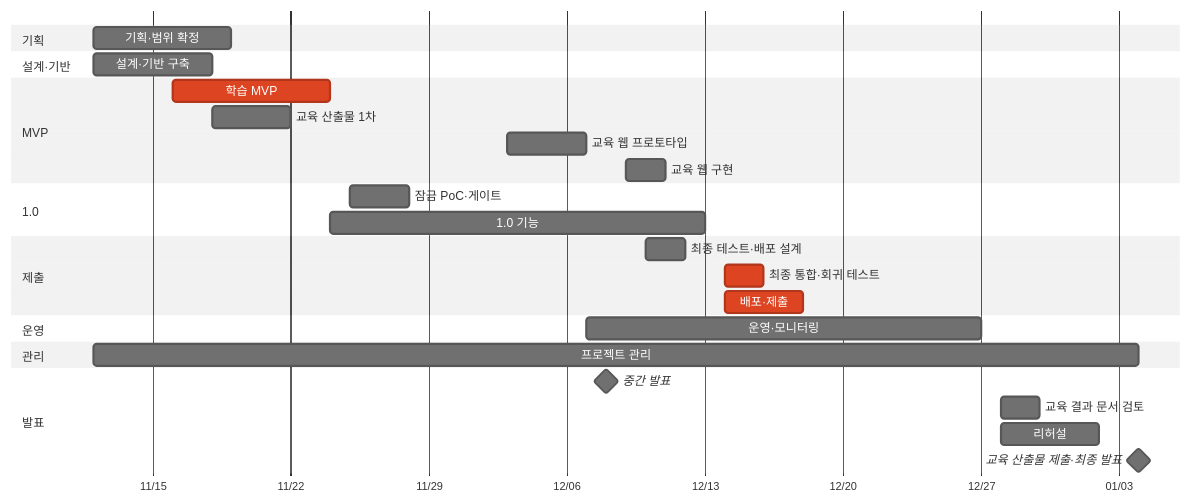
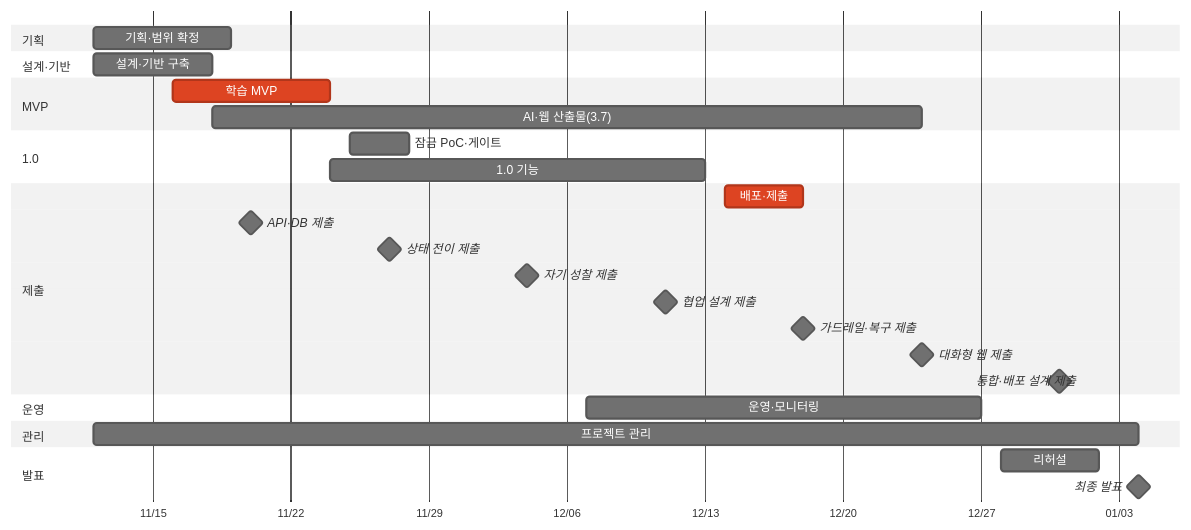
One commit to obhht2302-ctrl/AIO_team_04_final_project changed the diagram in DOC/Step 1/WBS.md. Above: the diagram before and after it, drawn with Mermaid (neutral theme). The commit also changed other lines of this file and 4 other files, not shown here.

````diff
--- a/DOC/Step 1/WBS.md
+++ b/DOC/Step 1/WBS.md
@@ -267,30 +244,31 @@
 ```mermaid
 gantt
   dateFormat YYYY-MM-DD
   axisFormat %m/%d
   section 기획
   기획·범위 확정        :a1, 2026-11-12, 2026-11-19
   section 설계·기반
   설계·기반 구축         :a2, 2026-11-12, 2026-11-18
   section MVP
   학습 MVP              :crit, a3, 2026-11-16, 2026-11-24
-  교육 산출물 1차        :a3b, 2026-11-18, 2026-11-22
-  교육 웹 프로토타입      :a3c, 2026-12-03, 2026-12-07
-  교육 웹 구현           :a3d, 2026-12-09, 2026-12-11
+  AI·웹 산출물(3.7)      :a3b, 2026-11-18, 2026-12-24
   section 1.0
   잠금 PoC·게이트        :a4a, 2026-11-25, 2026-11-28
   1.0 기능              :a4, 2026-11-24, 2026-12-13
   section 제출
-  최종 테스트·배포 설계    :a5a, 2026-12-10, 2026-12-12
-  최종 통합·회귀 테스트    :crit, a5b, 2026-12-14, 2026-12-16
   배포·제출              :crit, a5, 2026-12-14, 2026-12-18
+  API·DB 제출            :milestone, s1, 2026-11-20, 0d
+  상태 전이 제출          :milestone, s2, 2026-11-27, 0d
+  자기 성찰 제출          :milestone, s3, 2026-12-04, 0d
+  협업 설계 제출          :milestone, s4, 2026-12-11, 0d
+  가드레일·복구 제출       :milestone, s5, 2026-12-18, 0d
+  대화형 웹 제출          :milestone, s6, 2026-12-24, 0d
+  통합·배포 설계 제출      :milestone, s7, 2026-12-31, 0d
   section 운영
   운영·모니터링          :a6, 2026-12-07, 2026-12-27
   section 관리
   프로젝트 관리          :a7, 2026-11-12, 2027-01-04
   section 발표
-  중간 발표              :milestone, amp, 2026-12-08, 0d
-  교육 결과 문서 검토      :a8b, 2026-12-28, 2026-12-30
   리허설                :a8, 2026-12-28, 2027-01-02
-  교육 산출물 제출·최종 발표 :milestone, a9, 2027-01-04, 0d
+  최종 발표              :milestone, a9, 2027-01-04, 0d
 ```
````
